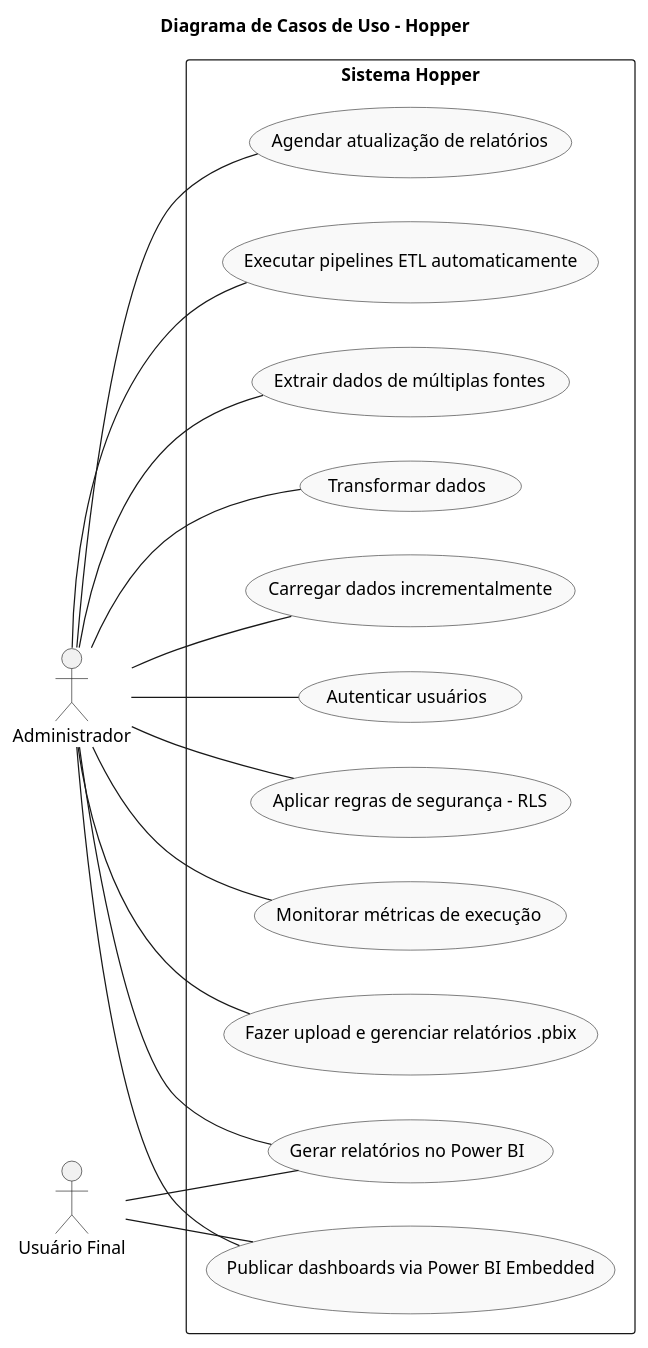
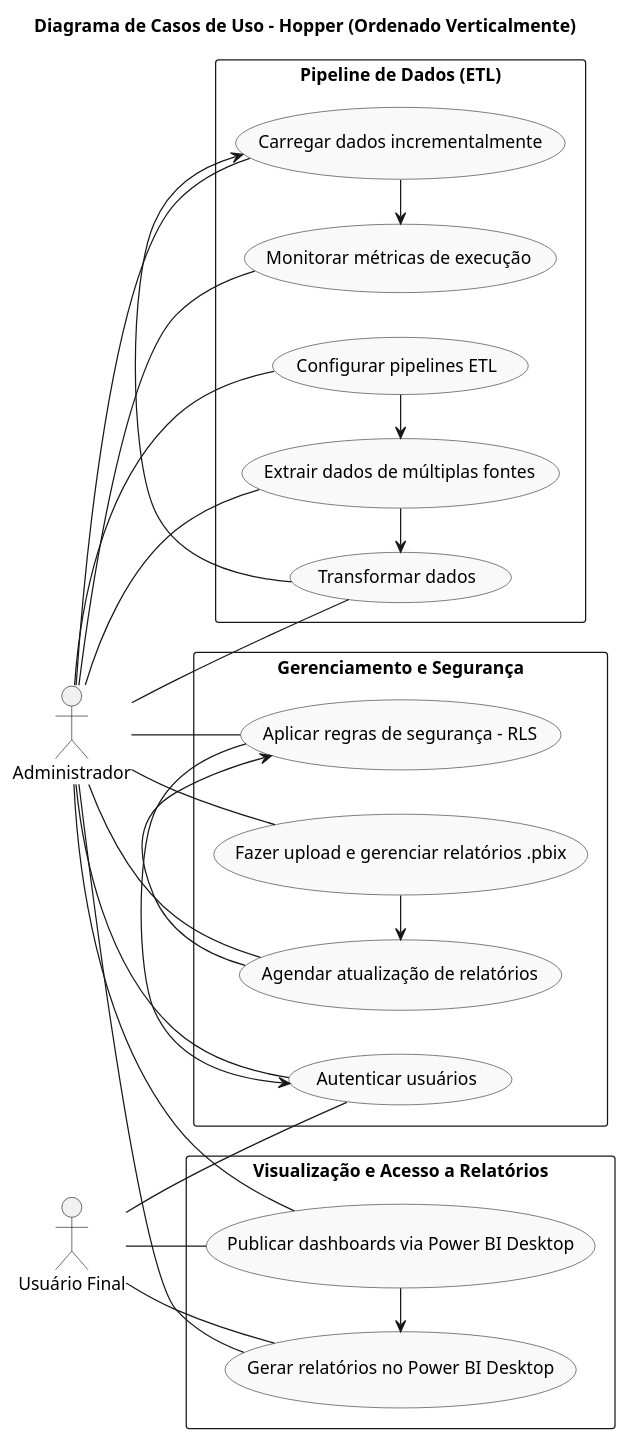
One commit to until99/hopper changed the diagram in docs/c4/Hopper_Casos_de_Uso.plantuml. Above: the diagram before and after it, drawn with PlantUML. The commit also changed 1 other file, not shown here.

Commit message:
Update README and use case diagram to reflect changes in ETL pipeline configuration and requirements

```diff
--- a/docs/c4/Hopper_Casos_de_Uso.plantuml
+++ b/docs/c4/Hopper_Casos_de_Uso.plantuml
@@ -1,45 +1,64 @@
-@startuml Hopper_Casos_de_Uso
+@startuml
 left to right direction
 skinparam packageStyle rectangle
 skinparam usecase {
   BackgroundColor #f9f9f9
   BorderColor #333
   FontName Arial
   FontSize 14
 }
 
-title Diagrama de Casos de Uso - Hopper
+title Diagrama de Casos de Uso - Hopper (Ordenado Verticalmente)
 
 actor Administrador
 actor "Usuário Final" as Usuario
 
-rectangle "Sistema Hopper" {
-  (Executar pipelines ETL automaticamente)
-  (Extrair dados de múltiplas fontes)
-  (Transformar dados)
-  (Carregar dados incrementalmente)
-  (Gerar relatórios no Power BI)
-  (Autenticar usuários)
-  (Aplicar regras de segurança - RLS)
-  (Publicar dashboards via Power BI Embedded)
-  (Monitorar métricas de execução)
-  (Fazer upload e gerenciar relatórios .pbix)
-  (Agendar atualização de relatórios)
+rectangle "Pipeline de Dados (ETL)" {
+  (Configurar pipelines ETL) as UC1
+  (Extrair dados de múltiplas fontes) as UC2
+  (Transformar dados) as UC3
+  (Carregar dados incrementalmente) as UC4
+  (Monitorar métricas de execução) as UC5
 
-  Administrador -- (Executar pipelines ETL automaticamente)
-  Administrador -- (Extrair dados de múltiplas fontes)
-  Administrador -- (Transformar dados)
-  Administrador -- (Carregar dados incrementalmente)
-  Administrador -- (Gerar relatórios no Power BI)
-  Administrador -- (Autenticar usuários)
-  Administrador -- (Aplicar regras de segurança - RLS)
-  Administrador -- (Publicar dashboards via Power BI Embedded)
-  Administrador -- (Monitorar métricas de execução)
-  Administrador -- (Fazer upload e gerenciar relatórios .pbix)
-  Administrador -- (Agendar atualização de relatórios)
 
-  Usuario -- (Gerar relatórios no Power BI)
-  Usuario -- (Publicar dashboards via Power BI Embedded)
+  UC1 -left-> UC2
+  UC2 -left-> UC3
+  UC3 -left-> UC4
+  UC4 -left-> UC5
+
+  Administrador -- UC1
+  Administrador -- UC2
+  Administrador -- UC3
+  Administrador -- UC4
+  Administrador -- UC5
 }
 
+rectangle "Gerenciamento e Segurança" {
+  (Fazer upload e gerenciar relatórios .pbix) as GC1
+  (Agendar atualização de relatórios) as GC2
+  (Aplicar regras de segurança - RLS) as GC3
+  (Autenticar usuários) as GC4
+
+  GC1 -left-> GC2
+  GC2 -left-> GC3
+  GC3 -left-> GC4
+
+  Administrador -- GC1
+  Administrador -- GC2
+  Administrador -- GC3
+  Administrador -- GC4
+  Usuario -- GC4
+}
+
+rectangle "Visualização e Acesso a Relatórios" {
+  (Publicar dashboards via Power BI Desktop) as VC1
+  (Gerar relatórios no Power BI Desktop) as VC2
+
+  VC1 -left-> VC2
+
+  Administrador -- VC1
+  Administrador -- VC2
+  Usuario -- VC1
+  Usuario -- VC2
+}
 @enduml
```
